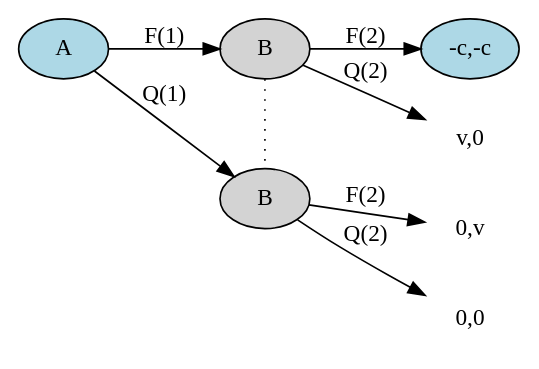
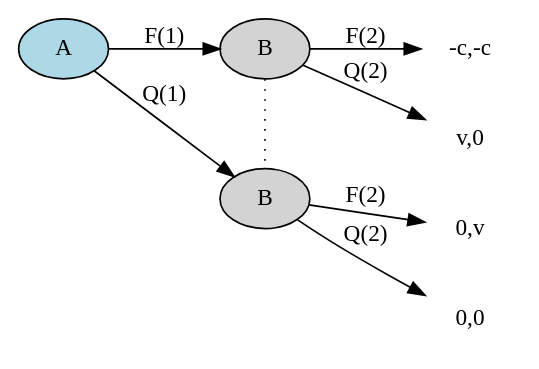
Before and after one commit to Binjian/org: diagram 11 of 19 in mode/drl_101.org, drawn with Graphviz. The commit also changed other lines of this file, not shown here.

Commit message:
[add] tree animations

```diff
--- a/mode/drl_101.org
+++ b/mode/drl_101.org
@@ -528,27 +562,27 @@
-#+begin_src dot :file img/_generated/tree2.png
-digraph G {
-    rankdir=LR;
-    {
-        node [group=top]
-        A11[label=A,style=filled, fillcolor=lightblue]
-        B1[label=B,style=filled, fillcolor=lightgrey]
-        A21[label="-c,-c",style=filled, fillcolor=lightblue]
-    }
-    B2[label=B,style=filled, fillcolor=lightgrey]
-    A11->B1[label="F(1)"]
+        #+begin_src dot :file img/_generated/flat_tree2.png
+        digraph G {
+            rankdir=LR;
+            {
+                node [group=top]
+                A11[label=A,style=filled, fillcolor=lightblue]
+                B1[label=B,style=filled, fillcolor=lightgrey]
+                P11[label="-c,-c",shpae=rect,color=none]
+            }
+            B2[label=B,style=filled, fillcolor=lightgrey]
+            A11->B1[label="F(1)"]
 
-    A11->B2[label="Q(1)"]
+            A11->B2[label="Q(1)"]
 
-    B1 -> B2 [style="dotted", dir=none]
+            B1 -> B2 [style="dotted", dir=none]
 
-    P12[label="v,0",shape=rect,color=none]
-    B1->A21[label="F(2)"]
-    B1->P12[label="Q(2)"]
+            P12[label="v,0",shape=rect,color=none]
+            B1->P11[label="F(2)"]
+            B1->P12[label="Q(2)"]
 
-    P21[label="0,v",shape=rect,color=none]
-    P22[label="0,0",shape=rect,color=none]
-    B2->P21[label="F(2)"]
-    B2->P22[label="Q(2)"]
-    {rank=same; B1,B2}
-}
-#+end_src
+            P21[label="0,v",shape=rect,color=none]
+            P22[label="0,0",shape=rect,color=none]
+            B2->P21[label="F(2)"]
+            B2->P22[label="Q(2)"]
+            {rank=same; B1,B2}
+        }
+        #+end_src
```
